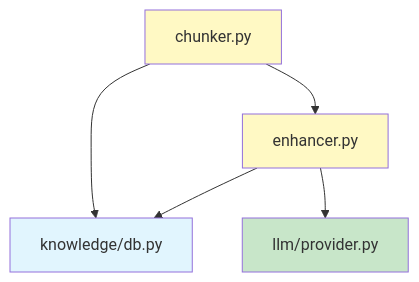
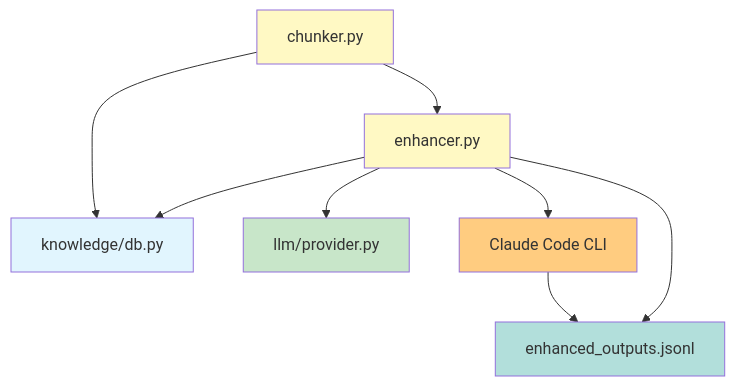
One commit to DuongDoNgoc/feynman-lectures-bot changed the ninth of 19 diagrams in docs/system-architecture.md. Above: the diagram before and after it, drawn with Mermaid. The commit also changed other lines of this file and 3 other files, not shown here.

First line of the commit message:
docs: update enhancer workflow to Claude Code session

````diff
--- a/docs/system-architecture.md
+++ b/docs/system-architecture.md
@@ -315,12 +320,18 @@
 ```mermaid
 graph TB
     A[chunker.py] --> B[enhancer.py]
     A --> C[knowledge/db.py]
     B --> C
     B --> D[llm/provider.py]
+    B --> E[Claude Code CLI]
+
+    E --> F[enhanced_outputs.jsonl]
+    B --> F
 
     style A fill:#fff9c4
     style B fill:#fff9c4
     style C fill:#e1f5fe
     style D fill:#c8e6c9
+    style E fill:#ffcc80
+    style F fill:#b2dfdb
 ```
````
